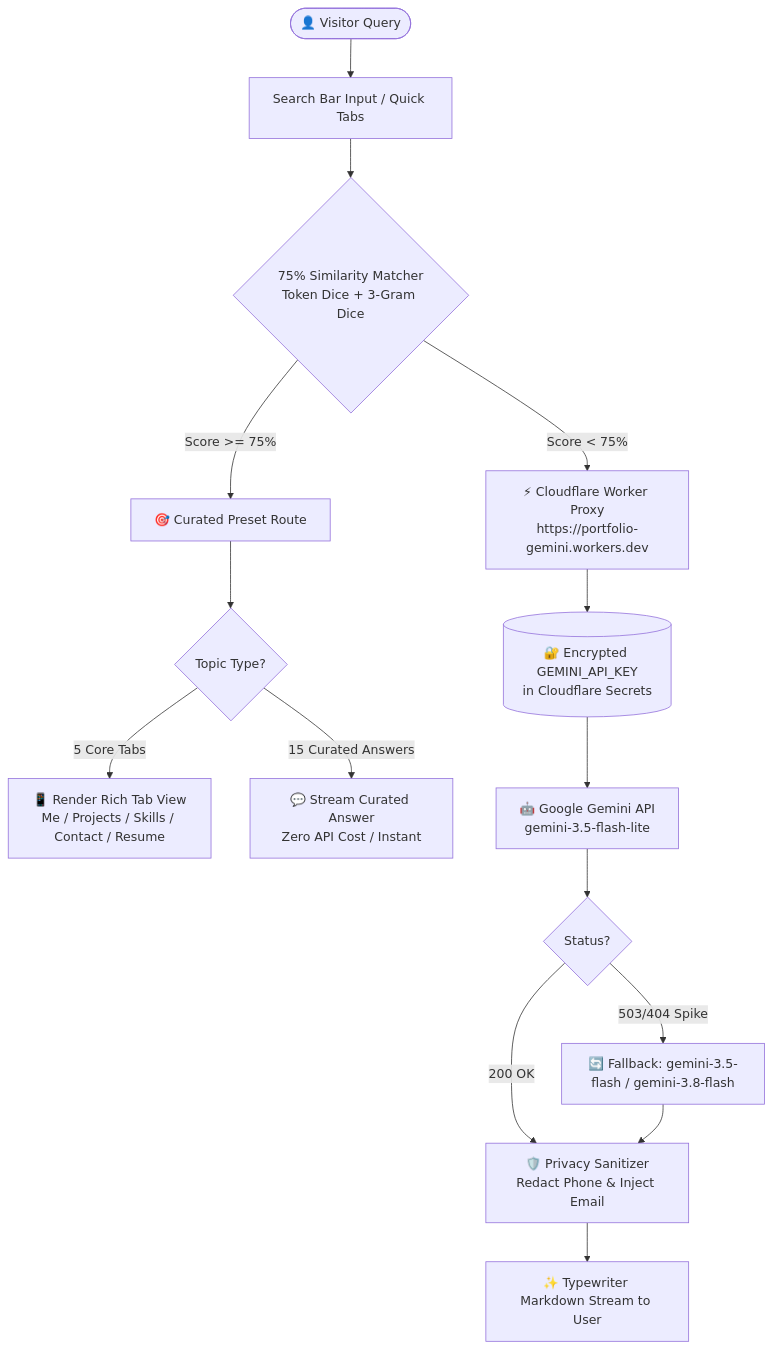
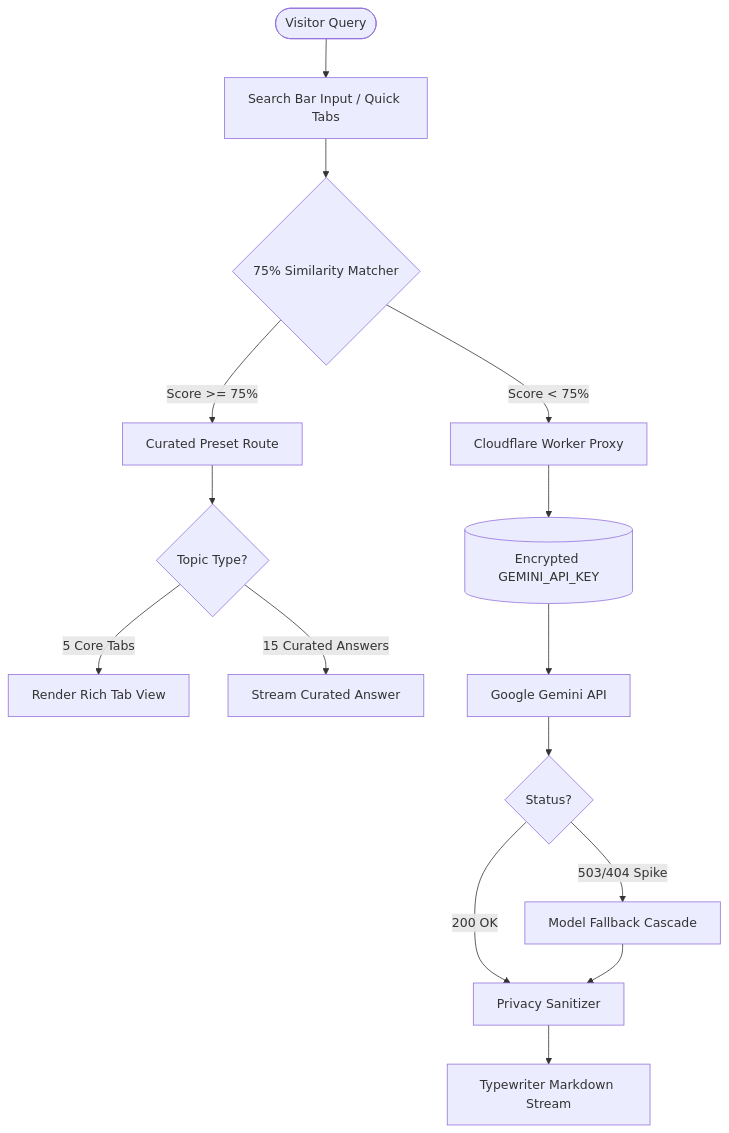
Before and after one commit to lotus-outlook-6/Portfolio-KunalRabidas-lotusoutlook: the diagram in README.md, drawn with Mermaid. The commit also changed other lines of this file and 2 other files, not shown here.

````diff
--- a/README.md
+++ b/README.md
@@ -55,21 +61,19 @@
 ```mermaid
 flowchart TD
-    User([👤 Visitor Query]) --> Input[Search Bar Input / Quick Tabs]
-    Input --> Matcher{75% Similarity Matcher<br/>Token Dice + 3-Gram Dice}
+    User([Visitor Query]) --> Input[Search Bar Input / Quick Tabs]
+    Input --> Matcher{75% Similarity Matcher}
 
-    %% Preset Branch
-    Matcher -->|Score >= 75%| Preset[🎯 Curated Preset Route]
+    Matcher -->|Score >= 75%| Preset[Curated Preset Route]
     Preset --> ActionType{Topic Type?}
-    ActionType -->|5 Core Tabs| TabView[📱 Render Rich Tab View<br/>Me / Projects / Skills / Contact / Resume]
-    ActionType -->|15 Curated Answers| CuratedStream[💬 Stream Curated Answer<br/>Zero API Cost / Instant]
+    ActionType -->|5 Core Tabs| TabView[Render Rich Tab View]
+    ActionType -->|15 Curated Answers| CuratedStream[Stream Curated Answer]
 
-    %% Gemini AI Branch
-    Matcher -->|Score < 75%| AIProxy[⚡ Cloudflare Worker Proxy<br/>https://portfolio-gemini.workers.dev]
-    AIProxy --> SecretKey[(🔐 Encrypted GEMINI_API_KEY<br/>in Cloudflare Secrets)]
-    SecretKey --> GeminiAPI[🤖 Google Gemini API<br/>gemini-3.5-flash-lite]
+    Matcher -->|Score < 75%| AIProxy[Cloudflare Worker Proxy]
+    AIProxy --> SecretKey[(Encrypted GEMINI_API_KEY)]
+    SecretKey --> GeminiAPI[Google Gemini API]
     GeminiAPI --> Resilience{Status?}
-    Resilience -->|200 OK| Sanitizer[🛡️ Privacy Sanitizer<br/>Redact Phone & Inject Email]
-    Resilience -->|503/404 Spike| ModelFallback[🔄 Fallback: gemini-3.5-flash / gemini-3.8-flash]
+    Resilience -->|200 OK| Sanitizer[Privacy Sanitizer]
+    Resilience -->|503/404 Spike| ModelFallback[Model Fallback Cascade]
     ModelFallback --> Sanitizer
-    Sanitizer --> StreamResponse[✨ Typewriter Markdown Stream to User]
+    Sanitizer --> StreamResponse[Typewriter Markdown Stream]
 ```
````
